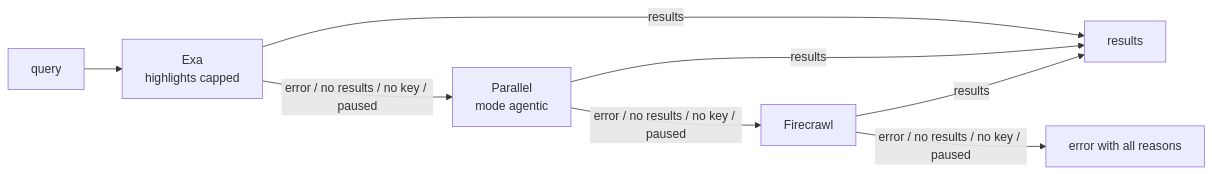
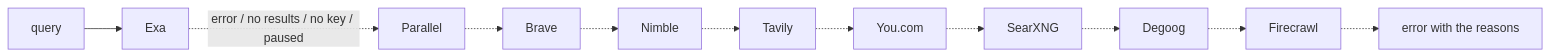
Before and after one commit to Pressimize/hermes-search-chain: the diagram in README.md, drawn with Mermaid. The commit also changed other lines of this file and 15 other files, not shown here.

````diff
--- a/README.md
+++ b/README.md
@@ -11,10 +11,13 @@
 ```mermaid
 flowchart LR
-    Q[query] --> E[Exa<br>highlights capped]
-    E -- results --> R[results]
-    E -- error / no results / no key / paused --> P[Parallel<br>mode agentic]
-    P -- results --> R
-    P -- error / no results / no key / paused --> F[Firecrawl]
-    F -- results --> R
-    F -- error / no results / no key / paused --> X[error with all reasons]
+    Q[query] --> S1[Exa]
+    S1 -. "error / no results / no key / paused" .-> S2[Parallel]
+    S2 -.-> S3[Brave]
+    S3 -.-> S4[Nimble]
+    S4 -.-> S5[Tavily]
+    S5 -.-> S6[You.com]
+    S6 -.-> S7[SearXNG]
+    S7 -.-> S8[Degoog]
+    S8 -.-> S9[Firecrawl]
+    S9 -.-> X[error with the reasons]
 ```
````
